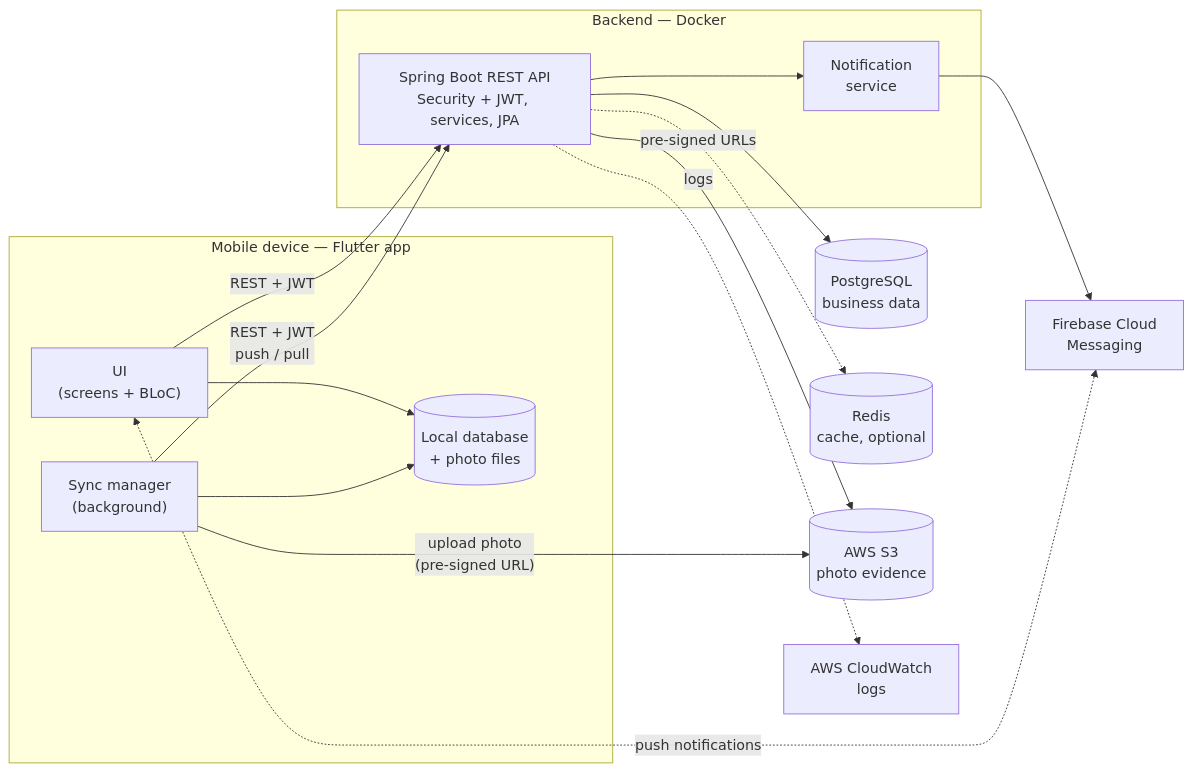
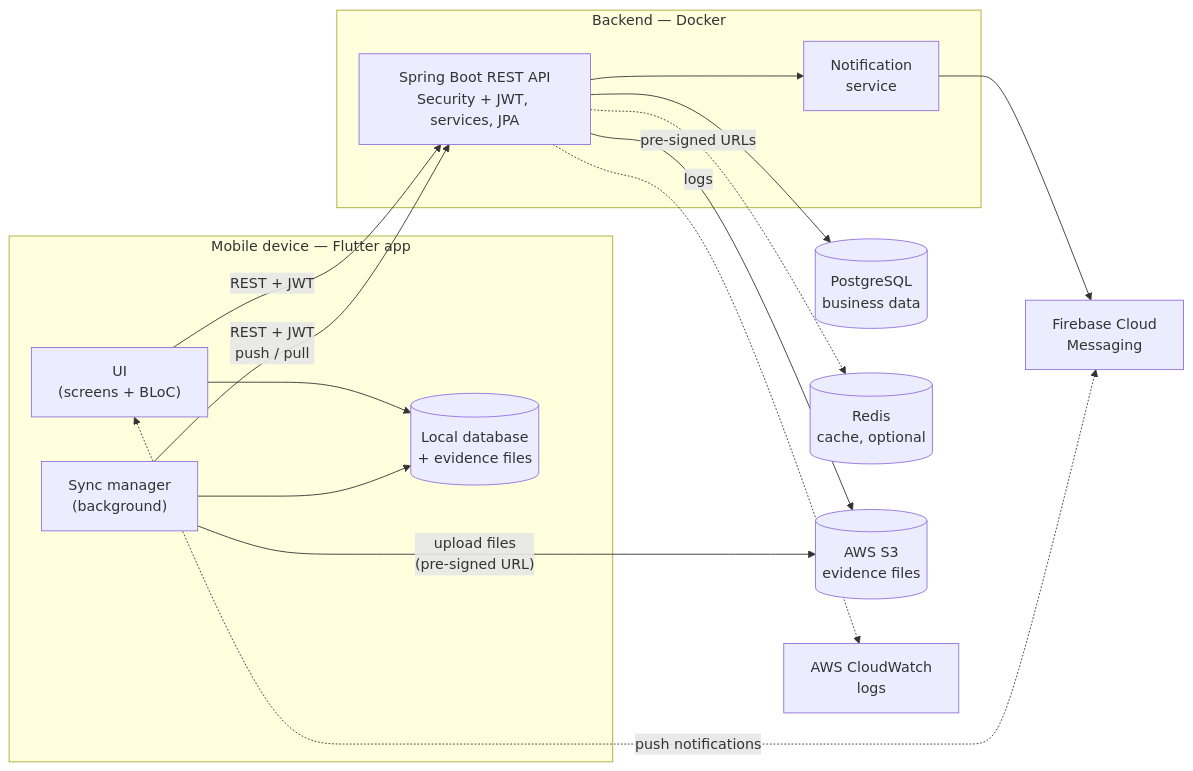
Before and after one commit to RezwanAhmed/taskInspect: the first of 6 diagrams in docs/architecture.md, drawn with Mermaid. The commit also changed other lines of this file and 2 other files, not shown here.

First line of the commit message:
docs: accept PDF documents as evidence

````diff
--- a/docs/architecture.md
+++ b/docs/architecture.md
@@ -32,32 +32,32 @@
 ```mermaid
 flowchart LR
     subgraph Device["Mobile device — Flutter app"]
         UI["UI<br/>(screens + BLoC)"]
         Sync["Sync manager<br/>(background)"]
-        Local[("Local database<br/>+ photo files")]
+        Local[("Local database<br/>+ evidence files")]
         UI --> Local
         Sync --> Local
     end
 
     subgraph Backend["Backend — Docker"]
         API["Spring Boot REST API<br/>Security + JWT, services, JPA"]
         Notify["Notification<br/>service"]
     end
 
     PG[("PostgreSQL<br/>business data")]
     Redis[("Redis<br/>cache, optional")]
-    S3[("AWS S3<br/>photo evidence")]
+    S3[("AWS S3<br/>evidence files")]
     FCM["Firebase Cloud<br/>Messaging"]
     CW["AWS CloudWatch<br/>logs"]
 
     UI -->|"REST + JWT"| API
     Sync -->|"REST + JWT<br/>push / pull"| API
-    Sync -->|"upload photo<br/>(pre-signed URL)"| S3
+    Sync -->|"upload files<br/>(pre-signed URL)"| S3
     API --> PG
     API -.-> Redis
     API -->|"pre-signed URLs"| S3
     API -.->|logs| CW
     API --> Notify
     Notify --> FCM
     UI <-.->|"push notifications"| FCM
 ```
````
